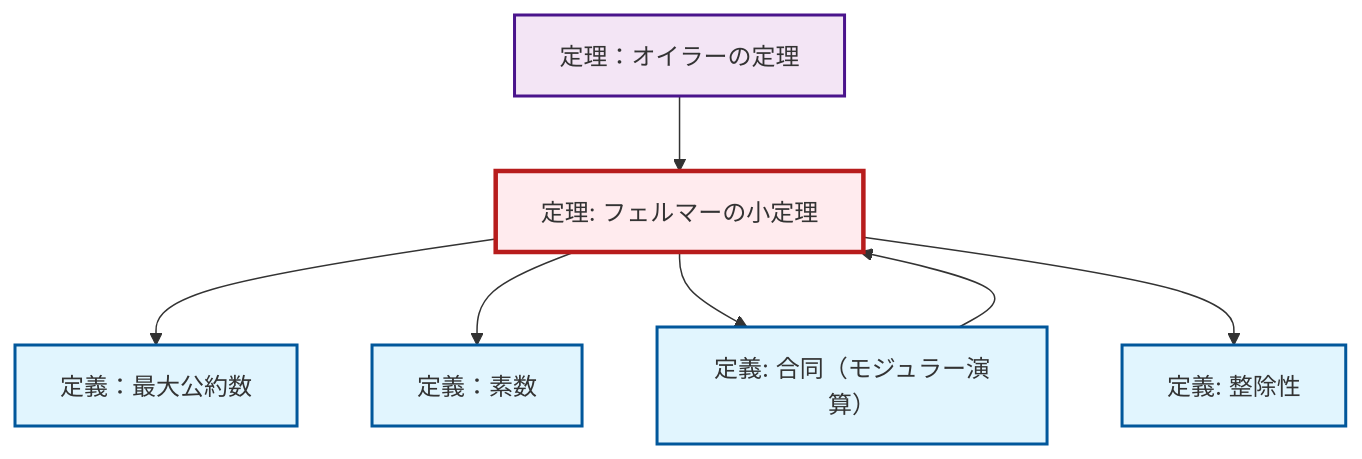
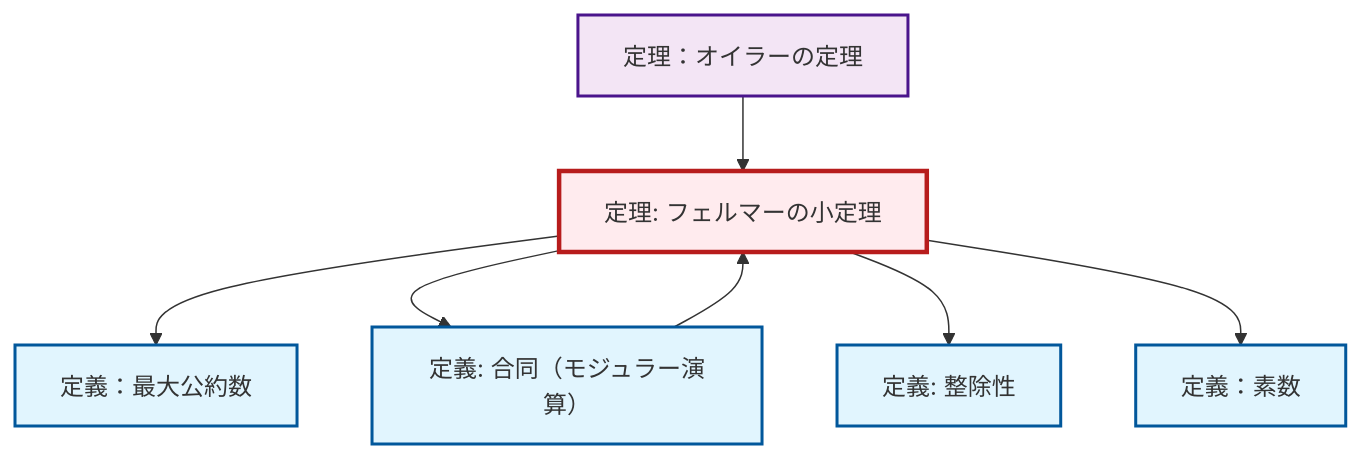
The diagram in content/ja/number-theory/thm-fermat-little.qmd (RK0429/ModernMath), drawn with Mermaid before and after one commit. The commit also changed other lines of this file and 328 other files, not shown here.

````diff
--- a/content/ja/number-theory/thm-fermat-little.qmd
+++ b/content/ja/number-theory/thm-fermat-little.qmd
@@ -91,27 +91,27 @@
 ```{mermaid}
 %%| fig-cap: "ローカル依存関係グラフ"
 graph TD
     classDef definition fill:#e1f5fe,stroke:#01579b,stroke-width:2px
     classDef theorem fill:#f3e5f5,stroke:#4a148c,stroke-width:2px
     classDef axiom fill:#fff3e0,stroke:#e65100,stroke-width:2px
     classDef example fill:#e8f5e9,stroke:#1b5e20,stroke-width:2px
     classDef current fill:#ffebee,stroke:#b71c1c,stroke-width:3px
+    thm-euler["定理：オイラーの定理"]:::theorem
     thm-fermat-little["定理: フェルマーの小定理"]:::theorem
-    thm-euler["定理：オイラーの定理"]:::theorem
+    def-divisibility["定義: 整除性"]:::definition
     def-congruence["定義: 合同（モジュラー演算）"]:::definition
+    def-gcd["定義：最大公約数"]:::definition
     def-prime["定義：素数"]:::definition
-    def-gcd["定義：最大公約数"]:::definition
-    def-divisibility["定義: 整除性"]:::definition
     thm-fermat-little --> def-gcd
-    thm-fermat-little --> def-prime
     def-congruence --> thm-fermat-little
     thm-fermat-little --> def-congruence
+    thm-euler --> thm-fermat-little
     thm-fermat-little --> def-divisibility
-    thm-euler --> thm-fermat-little
+    thm-fermat-little --> def-prime
     class thm-fermat-little current
     click thm-euler "thm-euler.html" "定理：オイラーの定理へ"
+    click def-divisibility "def-divisibility.html" "整除性の定義へ"
     click def-congruence "def-congruence.html" "合同（モジュラー演算）の定義へ"
+    click def-gcd "def-gcd.html" "定義：最大公約数へ"
     click def-prime "def-prime.html" "定義：素数へ"
-    click def-gcd "def-gcd.html" "定義：最大公約数へ"
-    click def-divisibility "def-divisibility.html" "整除性の定義へ"
 ```
````
